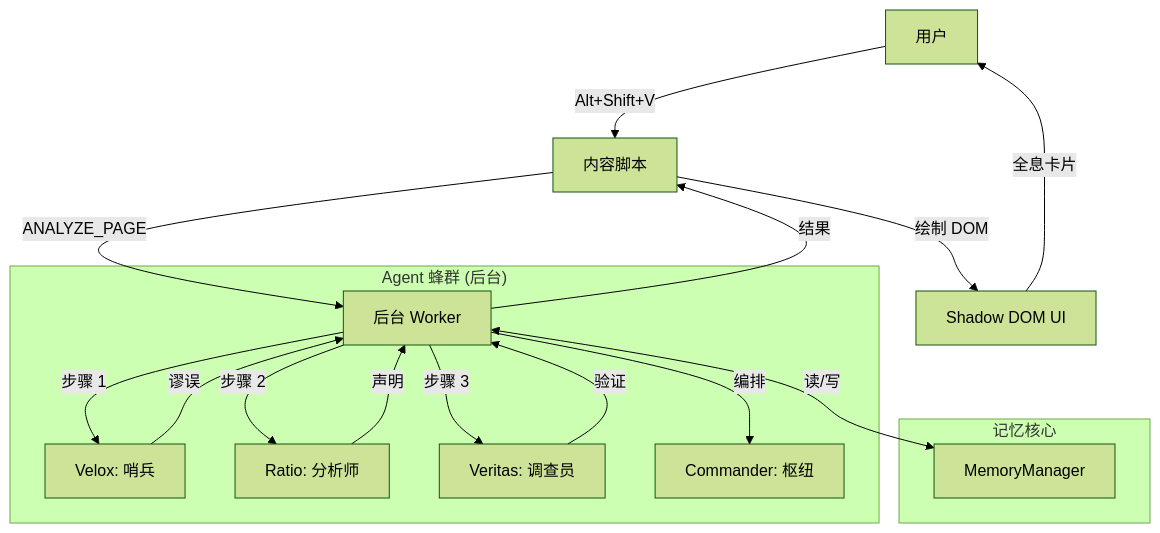
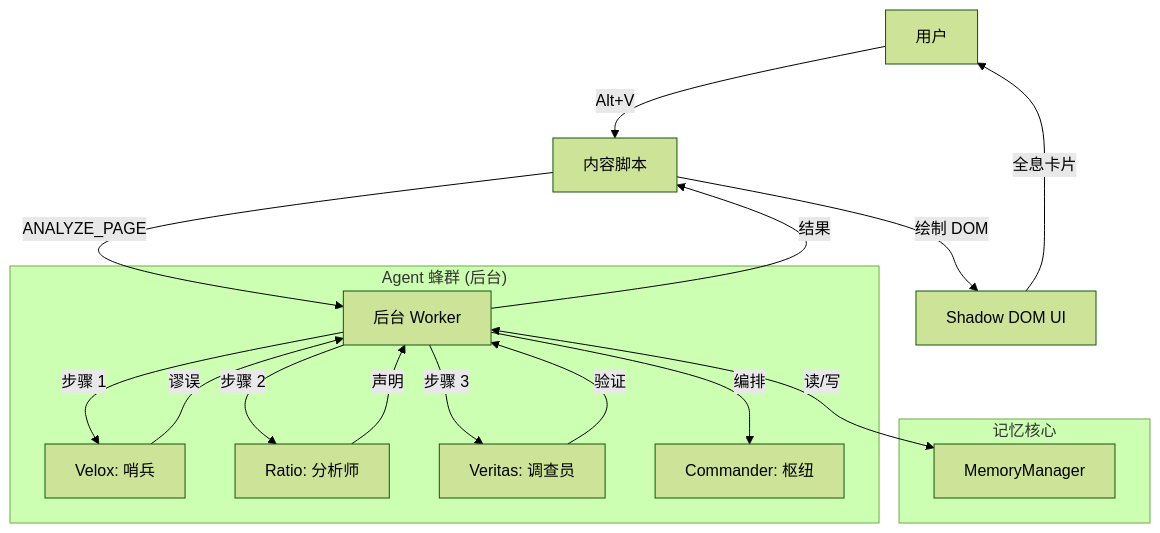
The diagram in docs/Project-Guide-Chinese.md (mqingcs/Project-VERITAS-The-Digital-Truth-Lens), drawn with Mermaid (forest theme) before and after one commit. The commit also changed other lines of this file and 6 other files, not shown here.

````diff
--- a/docs/Project-Guide-Chinese.md
+++ b/docs/Project-Guide-Chinese.md
@@ -334,27 +334,27 @@
 ```mermaid
 flowchart TD
-    User[用户] -->|Alt+Shift+V| CS[内容脚本]
+    User[用户] -->|Alt+V| CS[内容脚本]
     CS -->|ANALYZE_PAGE| BG[后台 Worker]
     
     subgraph "Agent 蜂群 (后台)"
         BG -->|步骤 1| Velox[Velox: 哨兵]
         Velox -->|谬误| BG
         
         BG -->|步骤 2| Ratio[Ratio: 分析师]
         Ratio -->|声明| BG
         
         BG -->|步骤 3| Veritas[Veritas: 调查员]
         Veritas -->|验证| BG
         
         BG -->|编排| Commander[Commander: 枢纽]
     end
     
     subgraph "记忆核心"
         Mem[MemoryManager]
         BG <-->|读/写| Mem
     end
     
     BG -->|结果| CS
     CS -->|绘制 DOM| UI[Shadow DOM UI]
     UI -->|全息卡片| User
 ```
````
